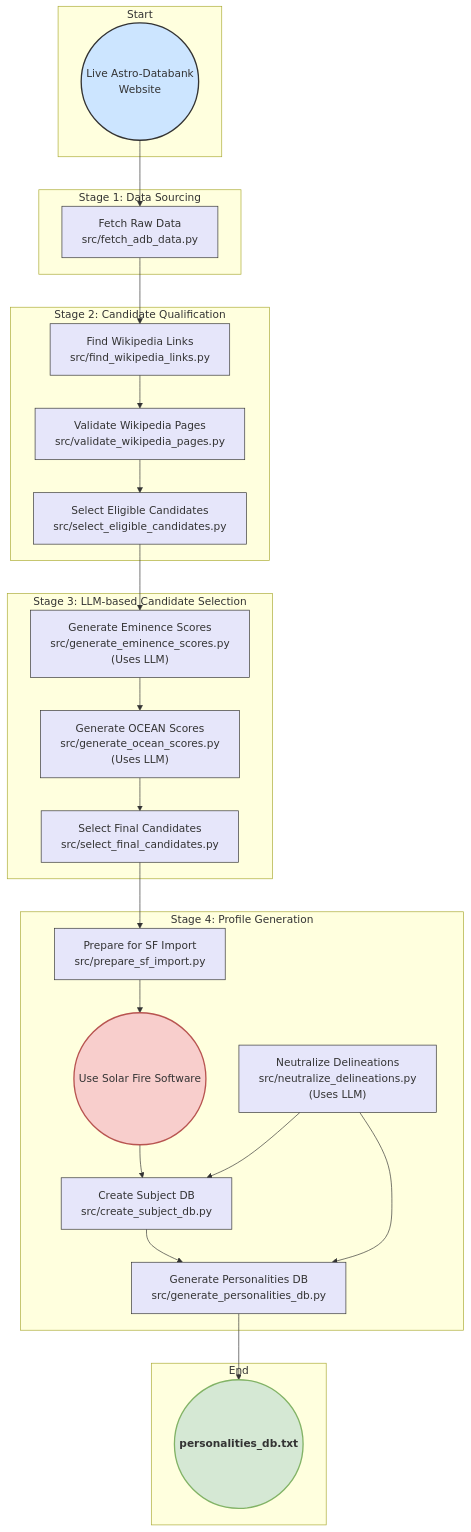
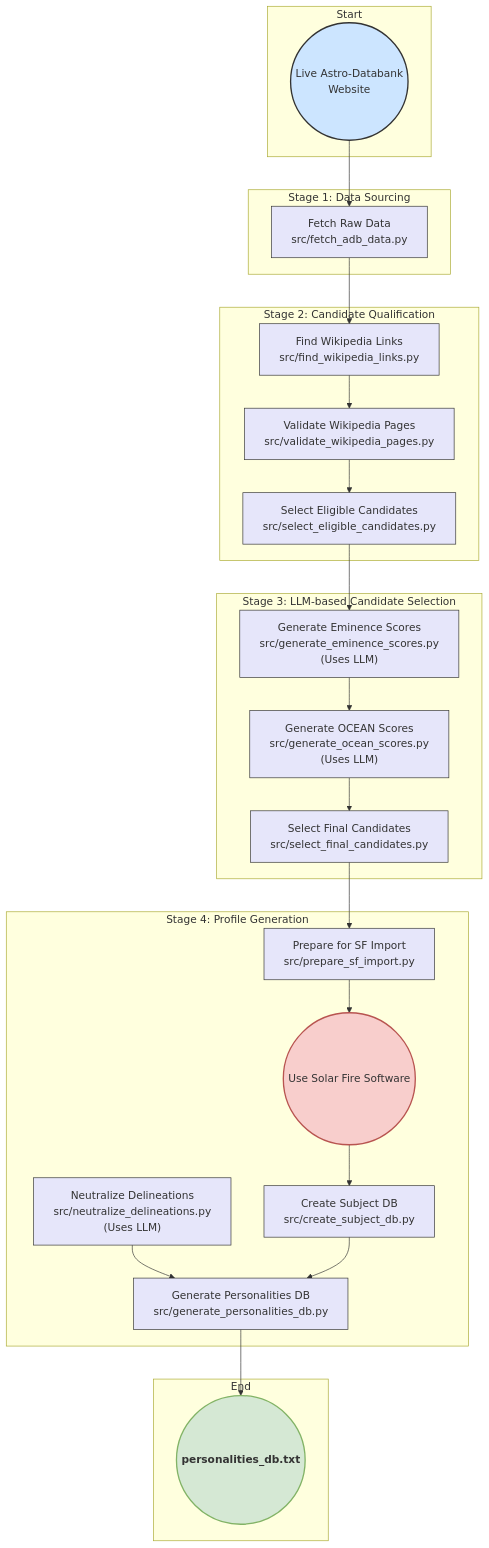
One commit to peterjmarko/llm-narrative-framework changed the diagram in docs/diagrams/flow_prep_pipeline.mmd. Above: the diagram before and after it, drawn with Mermaid. The commit also changed 12 other files, not shown here.

```diff
--- a/docs/diagrams/flow_prep_pipeline.mmd
+++ b/docs/diagrams/flow_prep_pipeline.mmd
@@ -1,50 +1,50 @@
 graph TD
     classDef manualStyle fill:#f8cecc,stroke:#b85450,stroke-width:2px
     classDef sourceStyle fill:#cce5ff,stroke:#333,stroke-width:2px
     classDef finalProductStyle fill:#d5e8d4,stroke:#82b366,stroke-width:2px,font-weight:bold
     classDef scriptStyle fill:#e6e6fa,stroke:#333,stroke-width:1px
 
     subgraph "Start"
         StartDB(("Live Astro-Databank<br/>Website"))
     end
 
     subgraph "Stage 1: Data Sourcing"
         A["Fetch Raw Data<br>src/fetch_adb_data.py"]
     end
 
     subgraph "Stage 2: Candidate Qualification"
         B["Find Wikipedia Links<br>src/find_wikipedia_links.py"]
         B2["Validate Wikipedia Pages<br>src/validate_wikipedia_pages.py"]
         C["Select Eligible Candidates<br>src/select_eligible_candidates.py"]
     end
 
     subgraph "Stage 3: LLM-based Candidate Selection"
         D["Generate Eminence Scores<br>src/generate_eminence_scores.py<br>(Uses LLM)"]
         E["Generate OCEAN Scores<br>src/generate_ocean_scores.py<br>(Uses LLM)"]
         F["Select Final Candidates<br>src/select_final_candidates.py"]
     end
 
     subgraph "Stage 4: Profile Generation"
         G["Prepare for SF Import<br>src/prepare_sf_import.py"]
         H((Use Solar Fire Software))
         I["Neutralize Delineations<br>src/neutralize_delineations.py<br>(Uses LLM)"]
         J["Create Subject DB<br>src/create_subject_db.py"]
         K["Generate Personalities DB<br>src/generate_personalities_db.py"]
     end
     
     subgraph "End"
         FinalDB(("personalities_db.txt"))
     end
 
     %% --- Main Workflow Connections ---
-    StartDB --> A --> B --> B2 --> C --> D --> E --> F --> G --> H --> J --> K --> FinalDB
-    
-    %% --- Parallel Feed-in for Stage 4 ---
-    I --> J
+    StartDB --> A --> B --> B2 --> C --> D --> E --> F --> G --> H
+    H --> J
     I --> K
+    J --> K
+    K --> FinalDB
 
     %% --- Styling ---
     class A,B,B2,C,D,E,F,G,I,J,K scriptStyle
     class H manualStyle
     class StartDB sourceStyle
     class FinalDB finalProductStyle
```
